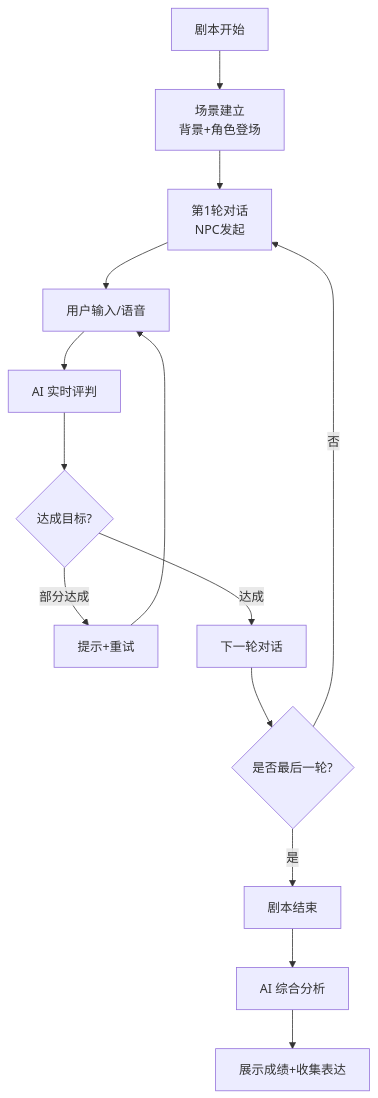
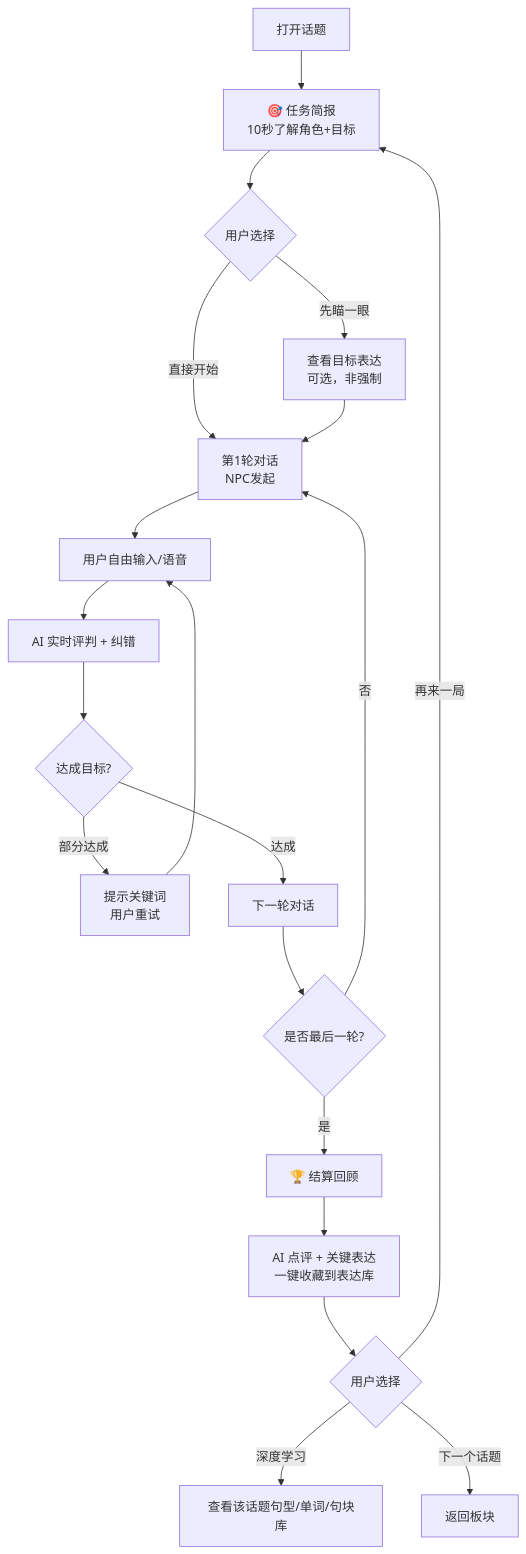
One commit to kirohuji/speakGuild changed the third of 10 diagrams in docs/story/content-architecture-design.md. Above: the diagram before and after it, drawn with Mermaid. The commit also changed other lines of this file and 11 other files, not shown here.

````diff
--- a/docs/story/content-architecture-design.md
+++ b/docs/story/content-architecture-design.md
@@ -401,16 +473,22 @@
 ```mermaid
 flowchart TB
-    A[剧本开始] --> B[场景建立<br/>背景+角色登场]
-    B --> C[第1轮对话<br/>NPC发起]
-    C --> D[用户输入/语音]
-    D --> E[AI 实时评判]
-    E --> F{达成目标?}
-    F -->|部分达成| G[提示+重试]
-    G --> D
-    F -->|达成| H[下一轮对话]
-    H --> I{是否最后一轮?}
-    I -->|否| C
-    I -->|是| J[剧本结束]
-    J --> K[AI 综合分析]
-    K --> L[展示成绩+收集表达]
+    A[打开话题] --> B[🎯 任务简报<br/>10秒了解角色+目标]
+    B --> C{用户选择}
+    C -->|直接开始| D[第1轮对话<br/>NPC发起]
+    C -->|先瞄一眼| E[查看目标表达<br/>可选，非强制]
+    E --> D
+    D --> F[用户自由输入/语音]
+    F --> G[AI 实时评判 + 纠错]
+    G --> H{达成目标?}
+    H -->|部分达成| I[提示关键词<br/>用户重试]
+    I --> F
+    H -->|达成| J[下一轮对话]
+    J --> K{是否最后一轮?}
+    K -->|否| D
+    K -->|是| L[🏆 结算回顾]
+    L --> M[AI 点评 + 关键表达<br/>一键收藏到表达库]
+    M --> N{用户选择}
+    N -->|再来一局| B
+    N -->|深度学习| O[查看该话题句型/单词/句块库]
+    N -->|下一个话题| P[返回板块]
 ```
````
